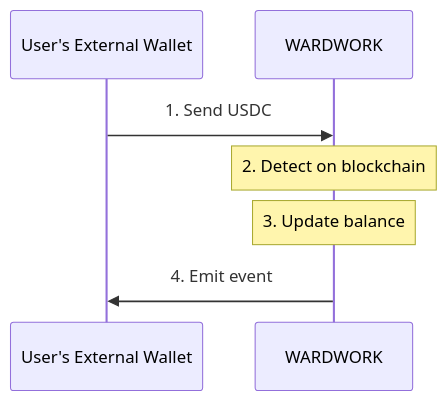
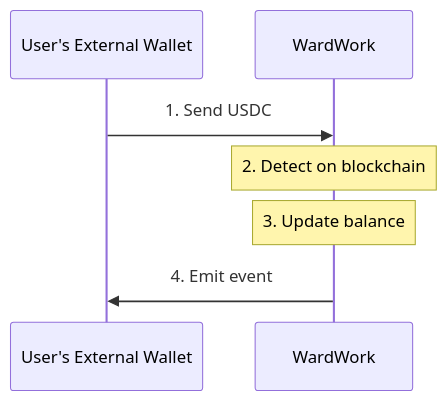
One commit to Wardlabz/wardwork changed the diagram in content/docs/guide/deposits.mdx. Above: the diagram before and after it, drawn with Mermaid. The commit also changed other lines of this file and 126 other files, not shown here.

````diff
--- a/content/docs/guide/deposits.mdx
+++ b/content/docs/guide/deposits.mdx
@@ -79,10 +79,10 @@
 ```mermaid
 sequenceDiagram
     participant User as User's External Wallet
-    participant OH as WARDWORK
+    participant OH as WardWork
 
     User->>OH: 1. Send USDC
     Note over OH: 2. Detect on blockchain
     Note over OH: 3. Update balance
     OH->>User: 4. Emit event
 ```
````
